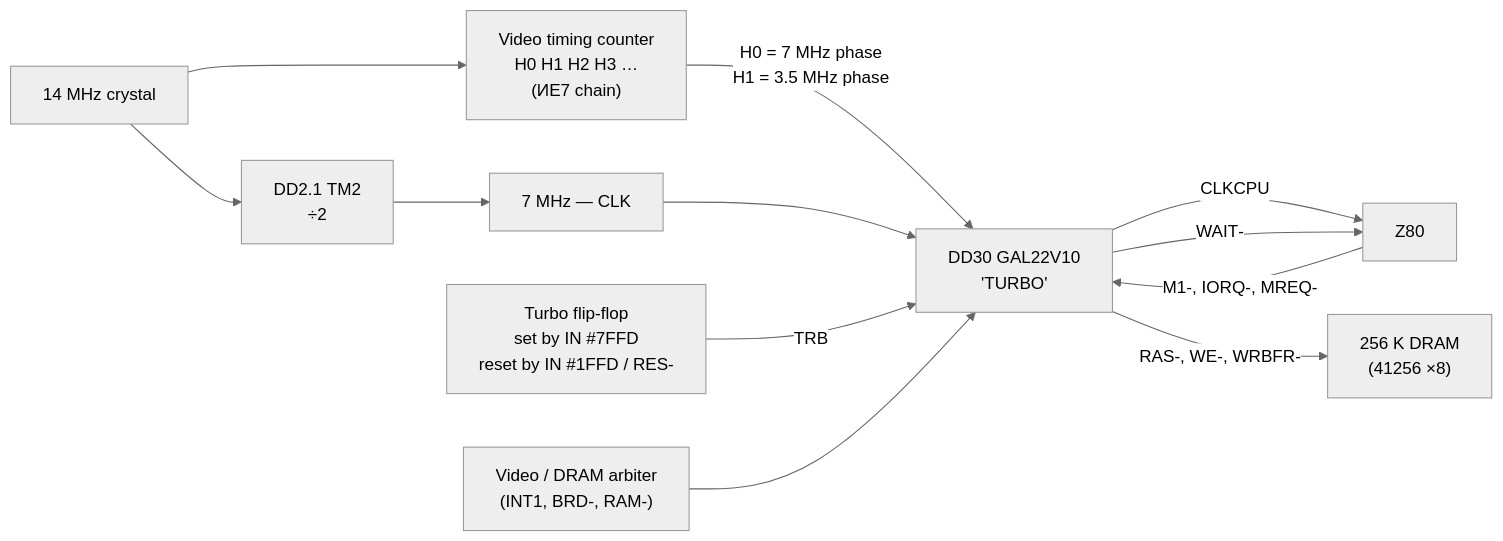
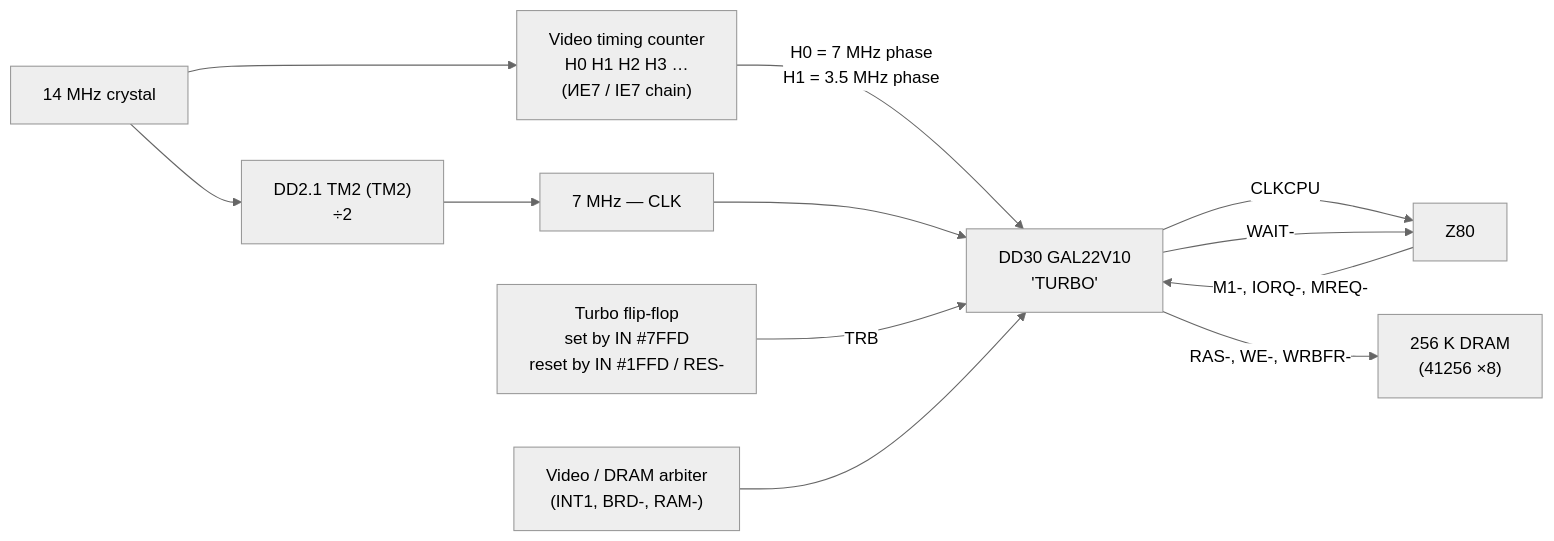
The second of 3 diagrams in docs/inprogress/2026-09-07-scorpion-zs256-clone/materials/Scorpion_Turbo_Mode.md (alfishe/unreal-ng), drawn with Mermaid (neutral theme) before and after one commit. The commit also changed other lines of this file and 101 other files, not shown here.

````diff
--- a/docs/inprogress/2026-09-07-scorpion-zs256-clone/materials/Scorpion_Turbo_Mode.md
+++ b/docs/inprogress/2026-09-07-scorpion-zs256-clone/materials/Scorpion_Turbo_Mode.md
@@ -51,13 +51,13 @@
 ```mermaid
 flowchart LR
-    X["14 MHz crystal"] --> D2["DD2.1 ТМ2<br/>÷2"] --> CLK7["7 MHz — CLK"]
-    X --> H["Video timing counter<br/>H0 H1 H2 H3 …<br/>(ИЕ7 chain)"]
+    X["14 MHz crystal"] --> D2["DD2.1 ТМ2 (TM2)<br/>÷2"] --> CLK7["7 MHz — CLK"]
+    X --> H["Video timing counter<br/>H0 H1 H2 H3 …<br/>(ИЕ7 / IE7 chain)"]
     H -- "H0 = 7 MHz phase<br/>H1 = 3.5 MHz phase" --> GAL
     CLK7 --> GAL["DD30 GAL22V10<br/>'TURBO'"]
     TRBFF["Turbo flip‑flop<br/>set by IN #7FFD<br/>reset by IN #1FFD / RES‑"] -- "TRB" --> GAL
     GAL -- "CLKCPU" --> Z80
     GAL -- "WAIT‑" --> Z80
     GAL -- "RAS‑, WE‑, WRBFR‑" --> DRAM["256 K DRAM<br/>(41256 ×8)"]
     Z80 -- "M1‑, IORQ‑, MREQ‑" --> GAL
     VID["Video / DRAM arbiter<br/>(INT1, BRD‑, RAM‑)"] --> GAL
 ```
````
